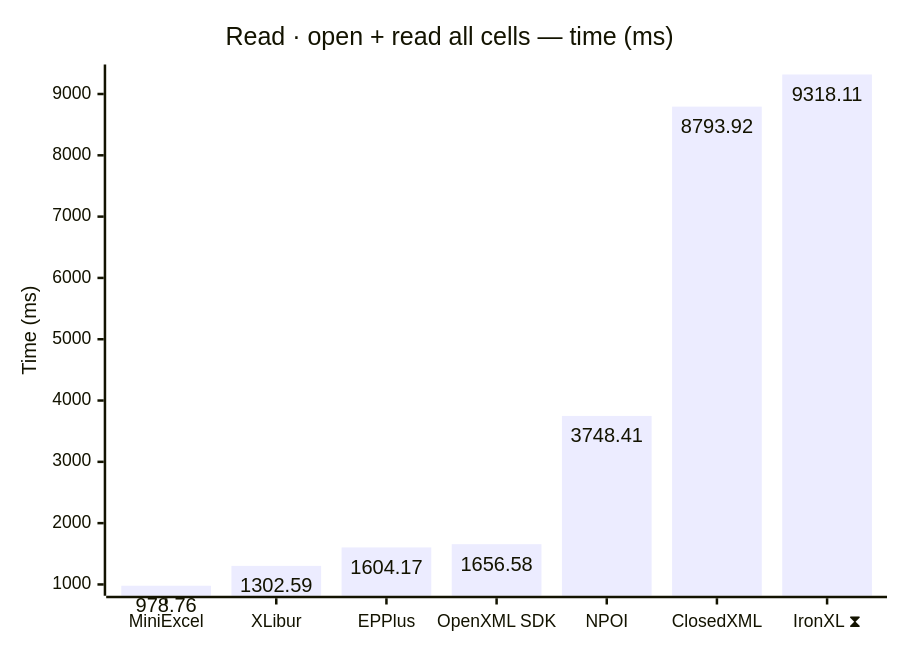
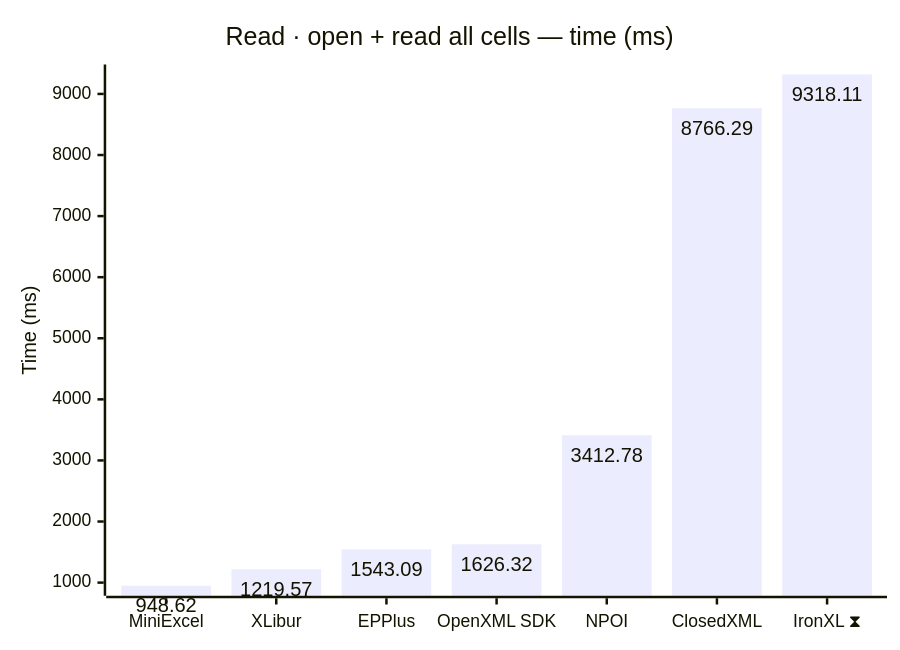
One commit to jafin/XLBench changed the third of 12 diagrams in docs/results-ci.md. Above: the diagram before and after it, drawn with Mermaid. The commit also changed other lines of this file, not shown here.

````diff
--- a/docs/results-ci.md
+++ b/docs/results-ci.md
@@ -67,12 +67,12 @@
 ```mermaid
 ---
 config:
   xyChart:
     showDataLabel: true
 ---
 xychart-beta
     title "Read · open + read all cells — time (ms)"
     x-axis ["MiniExcel", "XLibur", "EPPlus", "OpenXML SDK", "NPOI", "ClosedXML", "IronXL ⧗"]
     y-axis "Time (ms)"
-    bar [978.76, 1302.59, 1604.17, 1656.58, 3748.41, 8793.92, 9318.11]
+    bar [948.62, 1219.57, 1543.09, 1626.32, 3412.78, 8766.29, 9318.11]
 ```
````
